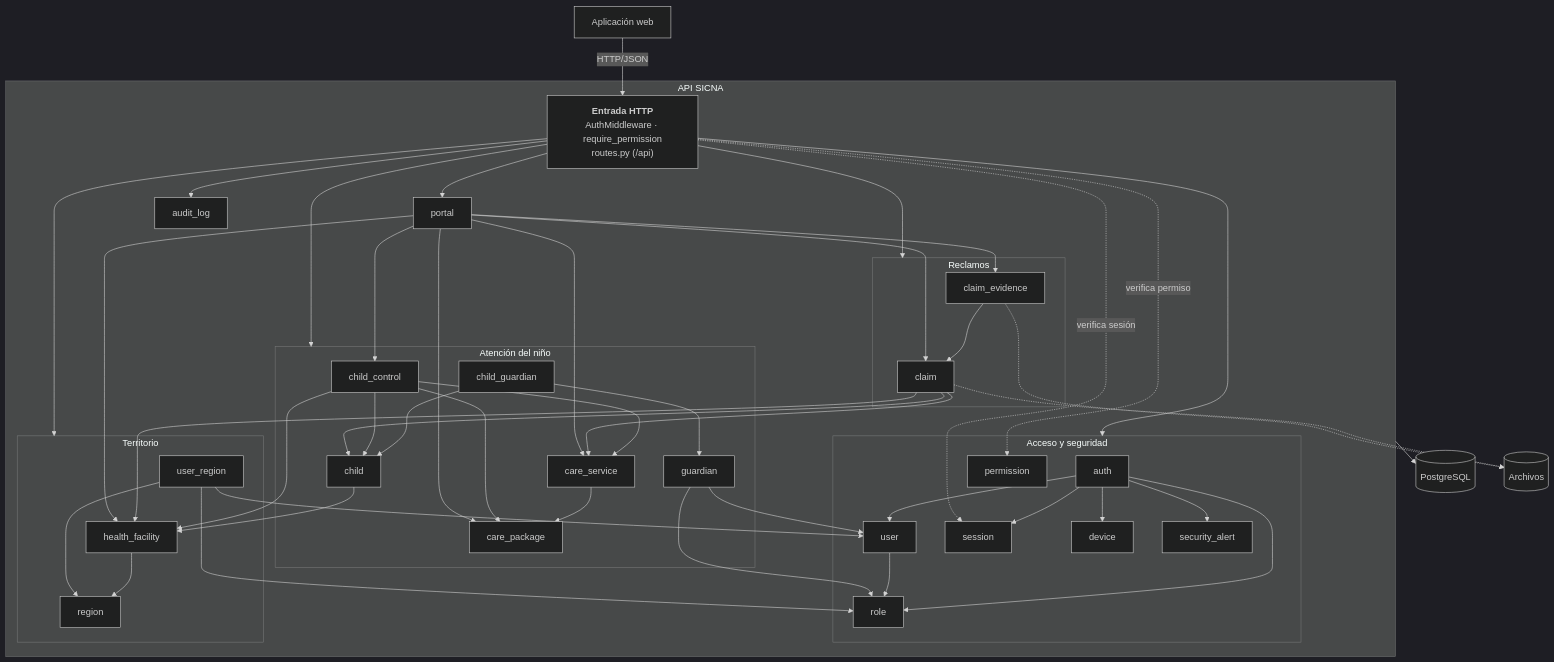
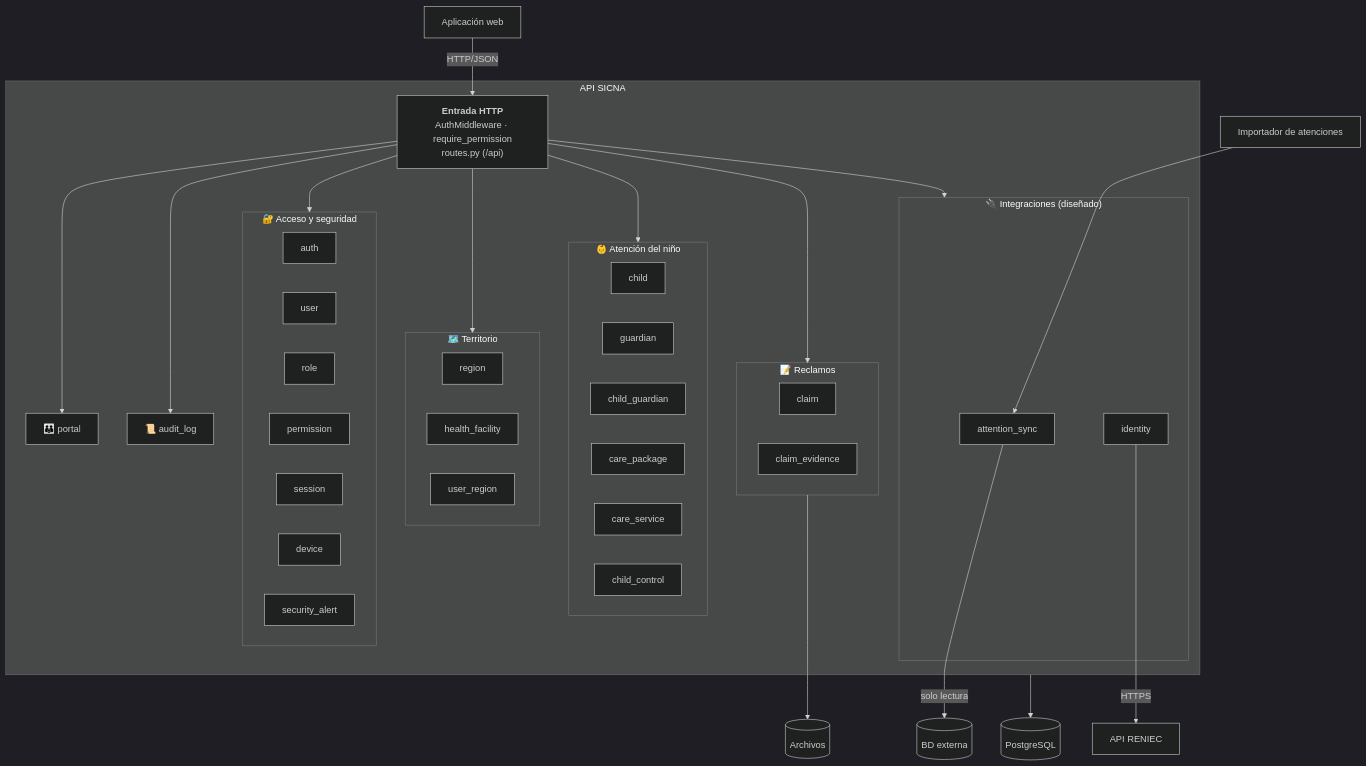
The first of 2 diagrams in docs/04-modelo-c4/nivel-3-componentes.md (germanAmiqueroPeralta/SPRINT1), drawn with Mermaid (dark theme) before and after one commit. The commit also changed other lines of this file and 19 other files, not shown here.

````diff
--- a/docs/04-modelo-c4/nivel-3-componentes.md
+++ b/docs/04-modelo-c4/nivel-3-componentes.md
@@ -23,44 +23,54 @@
 ```mermaid
 flowchart TB
     Web["Aplicación web"] -->|HTTP/JSON| Entrada
+    Job["Importador de atenciones"] --> sync
 
     subgraph API["API SICNA"]
         Entrada["<b>Entrada HTTP</b><br/>AuthMiddleware · require_permission<br/>routes.py (/api)"]
 
-        subgraph Acceso["Acceso y seguridad"]
-            auth[auth] --> user[user] & role[role] & session[session] & device[device] & alert[security_alert]
-            user --> role
+        subgraph Acceso["🔐 Acceso y seguridad"]
+            auth[auth]
+            user[user]
+            role[role]
             perm[permission]
+            session[session]
+            device[device]
+            alert[security_alert]
         end
 
-        subgraph Territorio
+        subgraph Territorio["🗺️ Territorio"]
             region[region]
-            hf[health_facility] --> region
-            ur[user_region] --> user & role & region
+            hf[health_facility]
+            ur[user_region]
         end
 
-        subgraph Atencion["Atención del niño"]
-            child[child] --> hf
-            guardian[guardian] --> user & role
-            cg[child_guardian] --> child & guardian
+        subgraph Atencion["👶 Atención del niño"]
+            child[child]
+            guardian[guardian]
+            cg[child_guardian]
             pkg[care_package]
-            srv[care_service] --> pkg
-            ctrl[child_control] --> child & srv & pkg & hf
+            srv[care_service]
+            ctrl[child_control]
         end
 
-        subgraph Reclamos
-            claim[claim] --> child & srv & hf
-            ev[claim_evidence] --> claim
+        subgraph Reclamos["📝 Reclamos"]
+            claim[claim]
+            ev[claim_evidence]
         end
 
-        portal[portal] --> claim & ev & ctrl & pkg & srv & hf
-        audit[audit_log]
+        subgraph Integraciones["🔌 Integraciones (diseñado)"]
+            identity[identity]
+            sync[attention_sync]
+        end
 
-        Entrada --> Acceso & Territorio & Atencion & Reclamos & portal & audit
-        Entrada -.->|verifica sesión| session
-        Entrada -.->|verifica permiso| perm
+        portal[👪 portal]
+        audit[📜 audit_log]
+
+        Entrada --> Acceso & Territorio & Atencion & Reclamos & Integraciones & portal & audit
     end
 
     API --> BD[("PostgreSQL")]
-    claim & ev -.-> FS[("Archivos")]
+    Reclamos --> FS[("Archivos")]
+    identity -->|HTTPS| RENIEC["API RENIEC"]
+    sync -->|solo lectura| BDEXT[("BD externa")]
 ```
````
